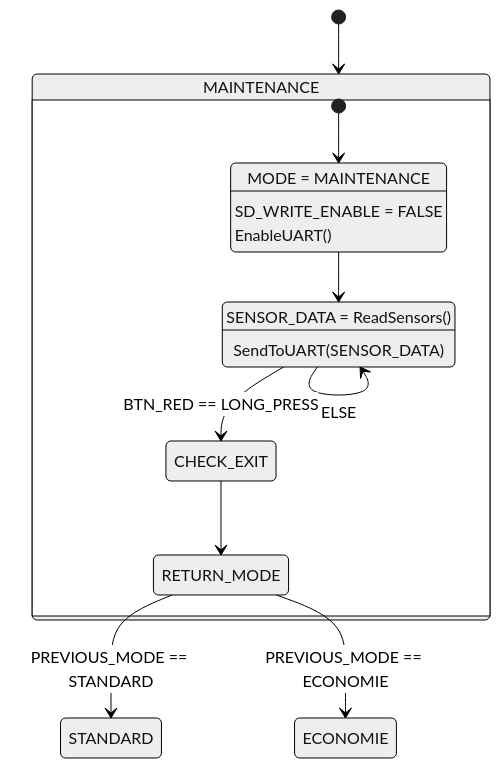
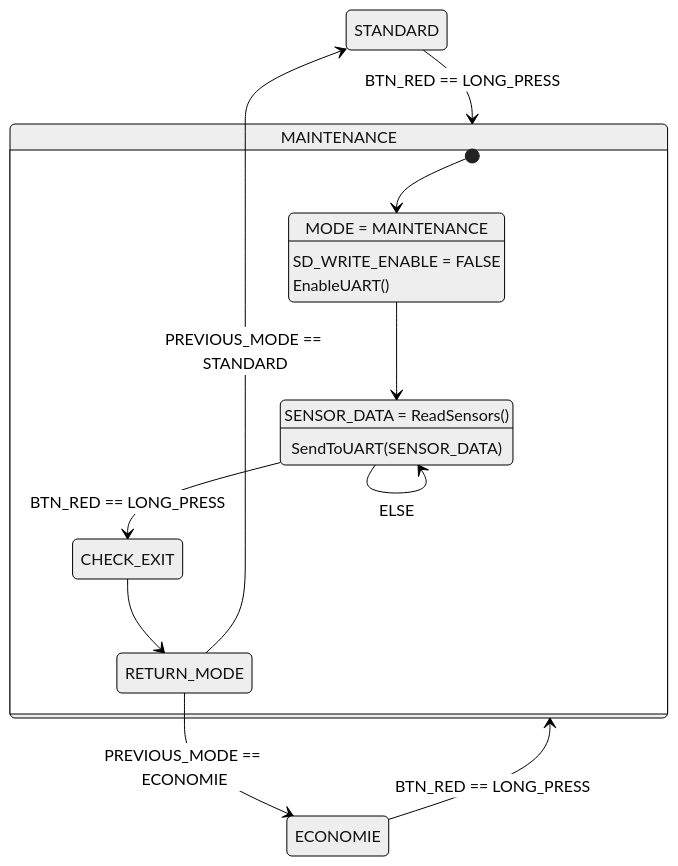
Before and after one commit to MartRev/Livrable-2-2026-Proejt-S3E: the second of 4 diagrams in README.md, drawn with Mermaid (neutral theme). The commit also changed other lines of this file, not shown here.

````diff
--- a/README.md
+++ b/README.md
@@ -286,57 +286,40 @@
 ```mermaid
 stateDiagram-v2
 
-    %% ======================================
-    %% ACTIVATION DU MODE MAINTENANCE
-    %% ======================================
+    STANDARD --> MAINTENANCE : BTN_RED == LONG_PRESS
+    ECONOMIE --> MAINTENANCE : BTN_RED == LONG_PRESS
+    %% Appui long sur bouton rouge
+    %% permet d'entrer en mode maintenance
 
-    [*] --> MAINTENANCE
-    %% Le système entre en mode maintenance
+    %% MODE MAINTENANCE
 
     state MAINTENANCE {
 
         [*] --> INIT_MAINT
 
-        %% ======================================
-        %% INITIALISATION DU MODE
-        %% ======================================
-
         INIT_MAINT : MODE = MAINTENANCE
         INIT_MAINT : SD_WRITE_ENABLE = FALSE
         INIT_MAINT : EnableUART()
-        %% Passage en mode maintenance
-        %% Blocage écriture carte SD
+        %% Désactivation de l'enregistrement sur le carte SD
         %% Activation interface série
-
         INIT_MAINT --> RUN_MAINT
-
-        %% ======================================
-        %% BOUCLE PRINCIPALE
-        %% ======================================
 
         RUN_MAINT : SENSOR_DATA = ReadSensors()
         RUN_MAINT : SendToUART(SENSOR_DATA)
-        %% Les capteurs continuent de mesurer
-        %% Les données sont envoyées automatiquement sur le port série
-        %% Aucune écriture sur la carte SD
+        %% Acquisition toujours active
+        %% Données envoyées en temps réel sur UART
 
         RUN_MAINT --> CHECK_EXIT : BTN_RED == LONG_PRESS
         RUN_MAINT --> RUN_MAINT : ELSE
-        %% Boucle continue tant que pas de sortie
 
-        %% ======================================
-        %% SORTIE DU MODE
-        %% ======================================
 
         CHECK_EXIT --> RETURN_MODE
-        %% Retour vers le mode précédent
     }
 
-    %% ======================================
-    %% RETOUR AU MODE PRÉCÉDENT
-    %% ======================================
+    %% RETOUR AU MODE PRECEDENT
 
     RETURN_MODE --> STANDARD : PREVIOUS_MODE == STANDARD
     RETURN_MODE --> ECONOMIE : PREVIOUS_MODE == ECONOMIE
-    %% Le système revient au mode actif avant maintenance
+    %% Retour au mode actif avant maintenance
+
 ```
````
